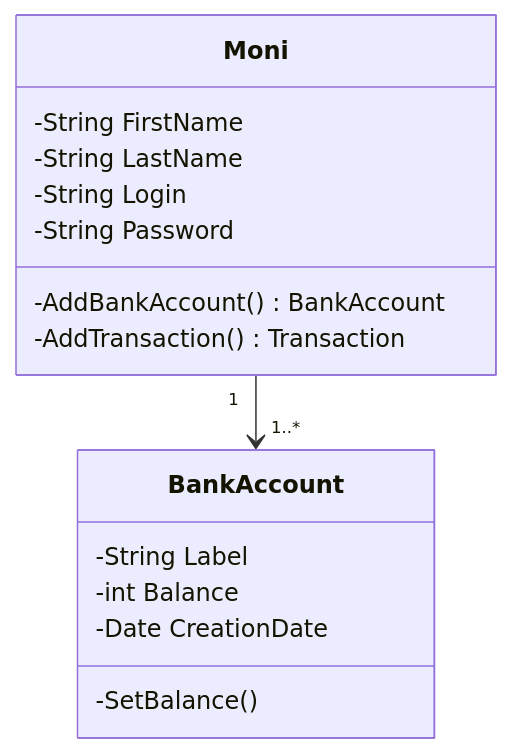
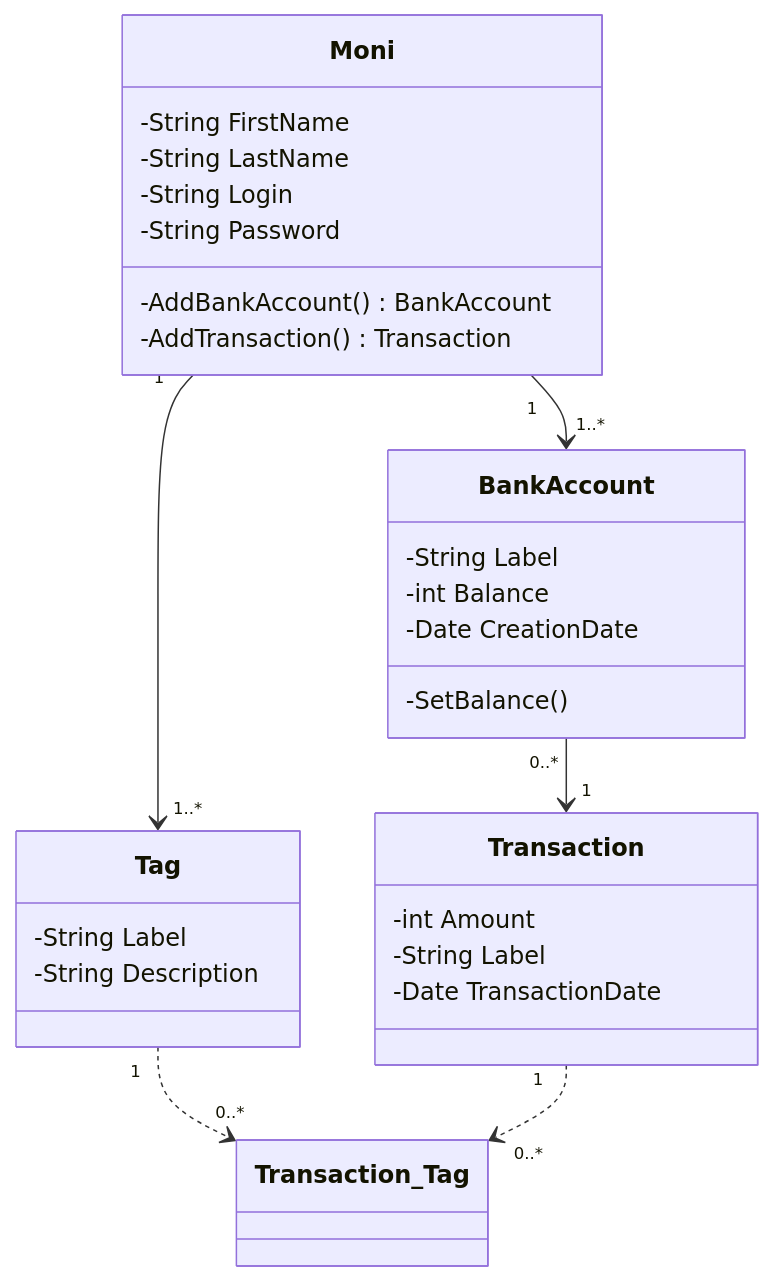
Before and after one commit to eSuardOdin/SchoolProjectA: the diagram in README.md, drawn with Mermaid.

Commit message:
Working on class diagram again

````diff
--- a/README.md
+++ b/README.md
@@ -55,19 +55,35 @@
 ```mermaid
 classDiagram
 class BankAccount {
 		-String Label
 		-int Balance
 		-Date CreationDate
 		-SetBalance()
 		}
 class Moni {
 		-String FirstName
 		-String LastName
 		-String Login
 		-String Password
 		-AddBankAccount() BankAccount
 		-AddTransaction() Transaction
 		}
-		Moni  "1" --> "1..*" BankAccount
+class Transaction {
+	-int Amount
+	-String Label
+	-Date TransactionDate	
+}
+class Tag {
+	-String Label
+	-String Description
+}
+class Transaction_Tag {
+	
+}
+Moni  "1" --> "1..*" BankAccount
+BankAccount "0..*" --> "1" Transaction
+Moni "1" --> "1..*" Tag
+Tag "1" ..> "0..*" Transaction_Tag
+Transaction "1" ..> "0..*" Transaction_Tag
 		
 ```
````
